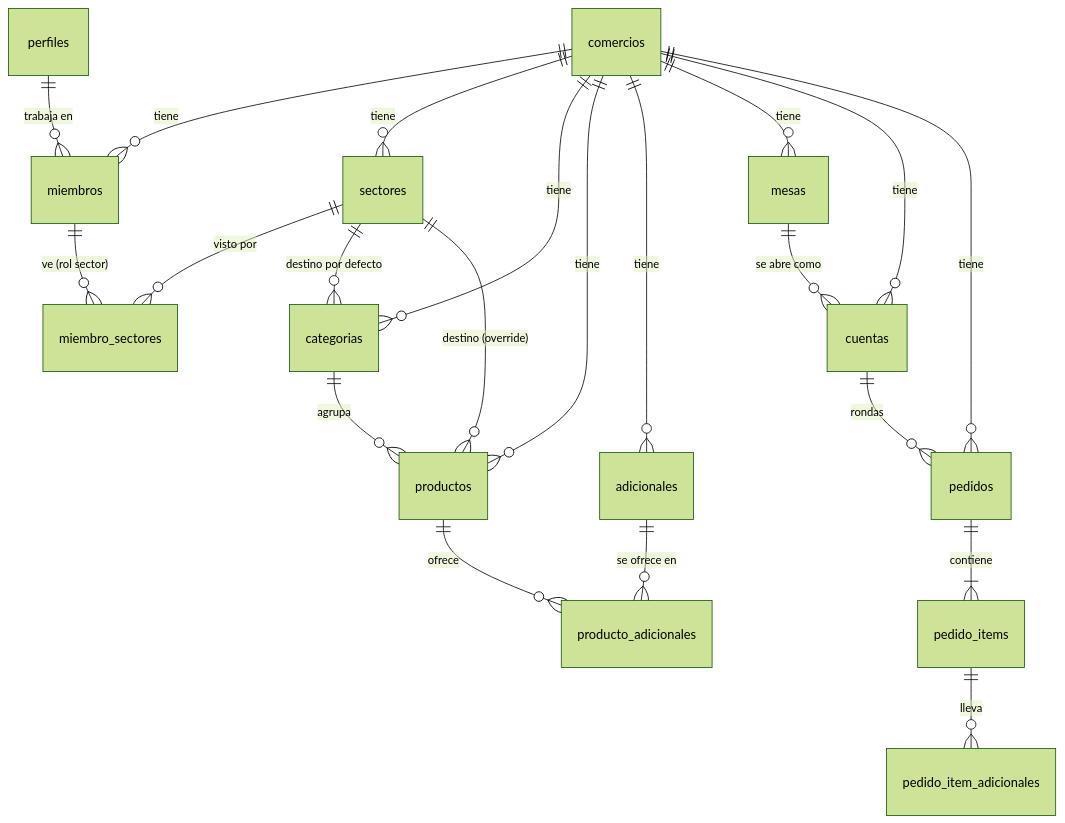
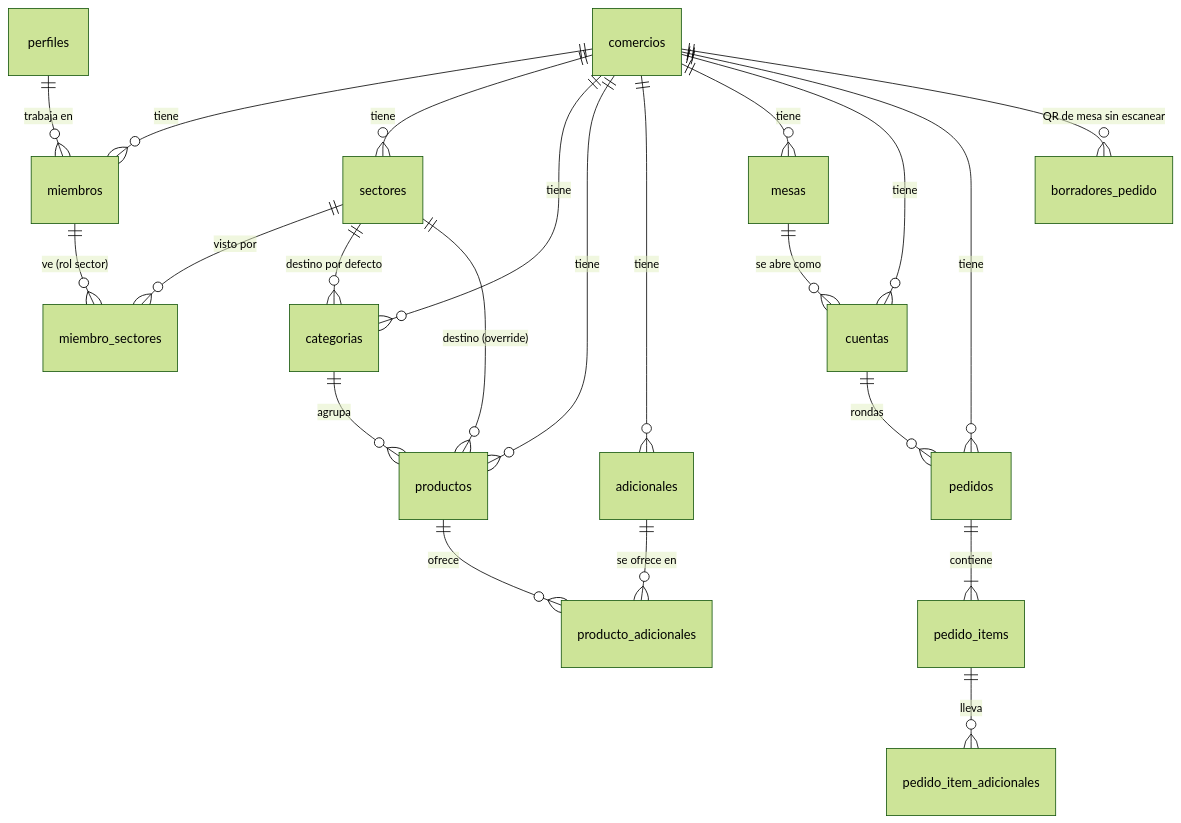
Before and after one commit to sassgastronomic/sassgastronomico: the first of 2 diagrams in docs/SCHEMA.md, drawn with Mermaid (forest theme). The commit also changed other lines of this file and 24 other files, not shown here.

````diff
--- a/docs/SCHEMA.md
+++ b/docs/SCHEMA.md
@@ -147,23 +149,24 @@
 ```mermaid
 erDiagram
   perfiles ||--o{ miembros : "trabaja en"
   comercios ||--o{ miembros : tiene
   comercios ||--o{ sectores : tiene
   miembros ||--o{ miembro_sectores : "ve (rol sector)"
   sectores ||--o{ miembro_sectores : "visto por"
   comercios ||--o{ categorias : tiene
   comercios ||--o{ productos : tiene
   comercios ||--o{ adicionales : tiene
   comercios ||--o{ mesas : tiene
   comercios ||--o{ cuentas : tiene
   comercios ||--o{ pedidos : tiene
+  comercios ||--o{ borradores_pedido : "QR de mesa sin escanear"
   sectores ||--o{ categorias : "destino por defecto"
   sectores ||--o{ productos : "destino (override)"
   categorias ||--o{ productos : agrupa
   productos ||--o{ producto_adicionales : ofrece
   adicionales ||--o{ producto_adicionales : "se ofrece en"
   mesas ||--o{ cuentas : "se abre como"
   cuentas ||--o{ pedidos : "rondas"
   pedidos ||--|{ pedido_items : contiene
   pedido_items ||--o{ pedido_item_adicionales : lleva
 ```
````
